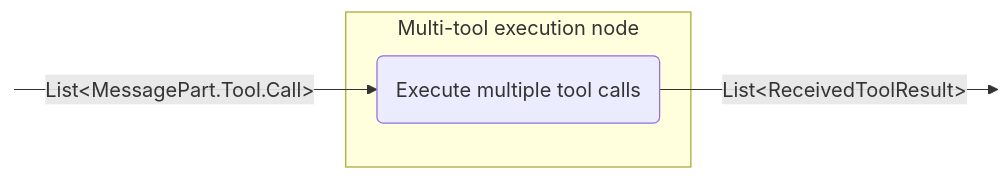
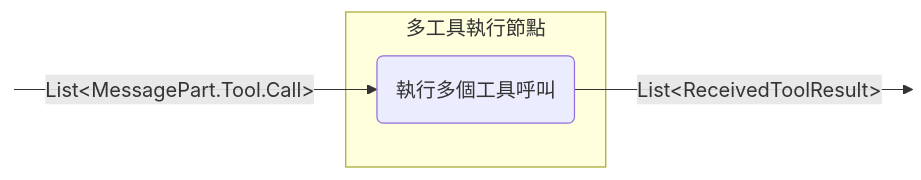
Before and after one commit to BinaryTape/Open-Docs: diagram 13 of 15 in docs/zh-Hant/koog/nodes-and-components.md, drawn with Mermaid. The commit also changed other lines of this file and 457 other files, not shown here.

````diff
--- a/docs/zh-Hant/koog/nodes-and-components.md
+++ b/docs/zh-Hant/koog/nodes-and-components.md
@@ -723,13 +712,13 @@
 ```mermaid
 graph LR
     in:::hidden
     out:::hidden
     
-    subgraph node ["Multi-tool execution node"]
-        execute(Execute multiple tool calls)
+    subgraph node ["多工具執行節點"]
+        execute(執行多個工具呼叫)
     end
     
     in -- "List&lt;MessagePart.Tool.Call&gt;" --> execute -- "List&lt;ReceivedToolResult&gt;" --> out
 
     classDef hidden display: none;
 ```
````
